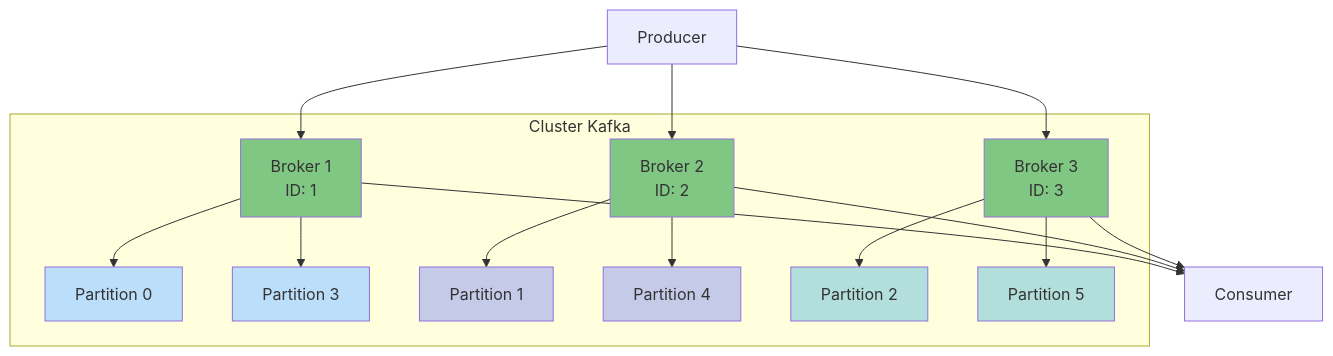
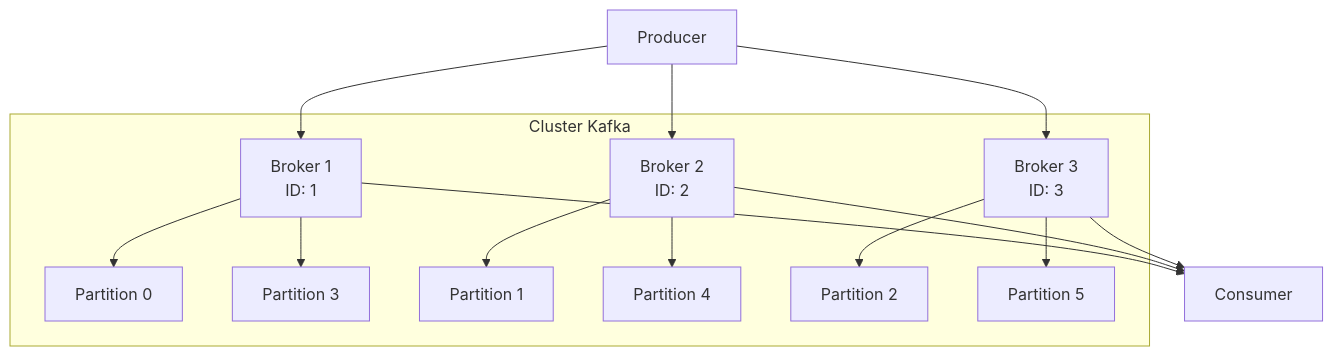
One commit to mombe090/techdocs changed diagram 15 of 26 in docs/tutorials/kafka-getting-started.fr.md. Above: the diagram before and after it, drawn with Mermaid. The commit also changed other lines of this file and 11 other files, not shown here.

First line of the commit message:
style: remove hardcoded Mermaid diagram colors for dark mode compatibility

````diff
--- a/docs/tutorials/kafka-getting-started.fr.md
+++ b/docs/tutorials/kafka-getting-started.fr.md
@@ -472,31 +430,22 @@
 ```mermaid
 graph TB
     subgraph "Cluster Kafka"
     B1[Broker 1<br/>ID: 1] --> P0[Partition 0]
     B1 --> P3[Partition 3]
 
     B2[Broker 2<br/>ID: 2] --> P1[Partition 1]
     B2 --> P4[Partition 4]
 
     B3[Broker 3<br/>ID: 3] --> P2[Partition 2]
     B3 --> P5[Partition 5]
     end
 
     C1[Producer] --> B1
     C1 --> B2
     C1 --> B3
 
     B1 --> CS1[Consumer]
     B2 --> CS1
     B3 --> CS1
 
-    style B1 fill:#81c784
-    style B2 fill:#81c784
-    style B3 fill:#81c784
-    style P0 fill:#bbdefb
-    style P1 fill:#c5cae9
-    style P2 fill:#b2dfdb
-    style P3 fill:#bbdefb
-    style P4 fill:#c5cae9
-    style P5 fill:#b2dfdb
 ```
````
